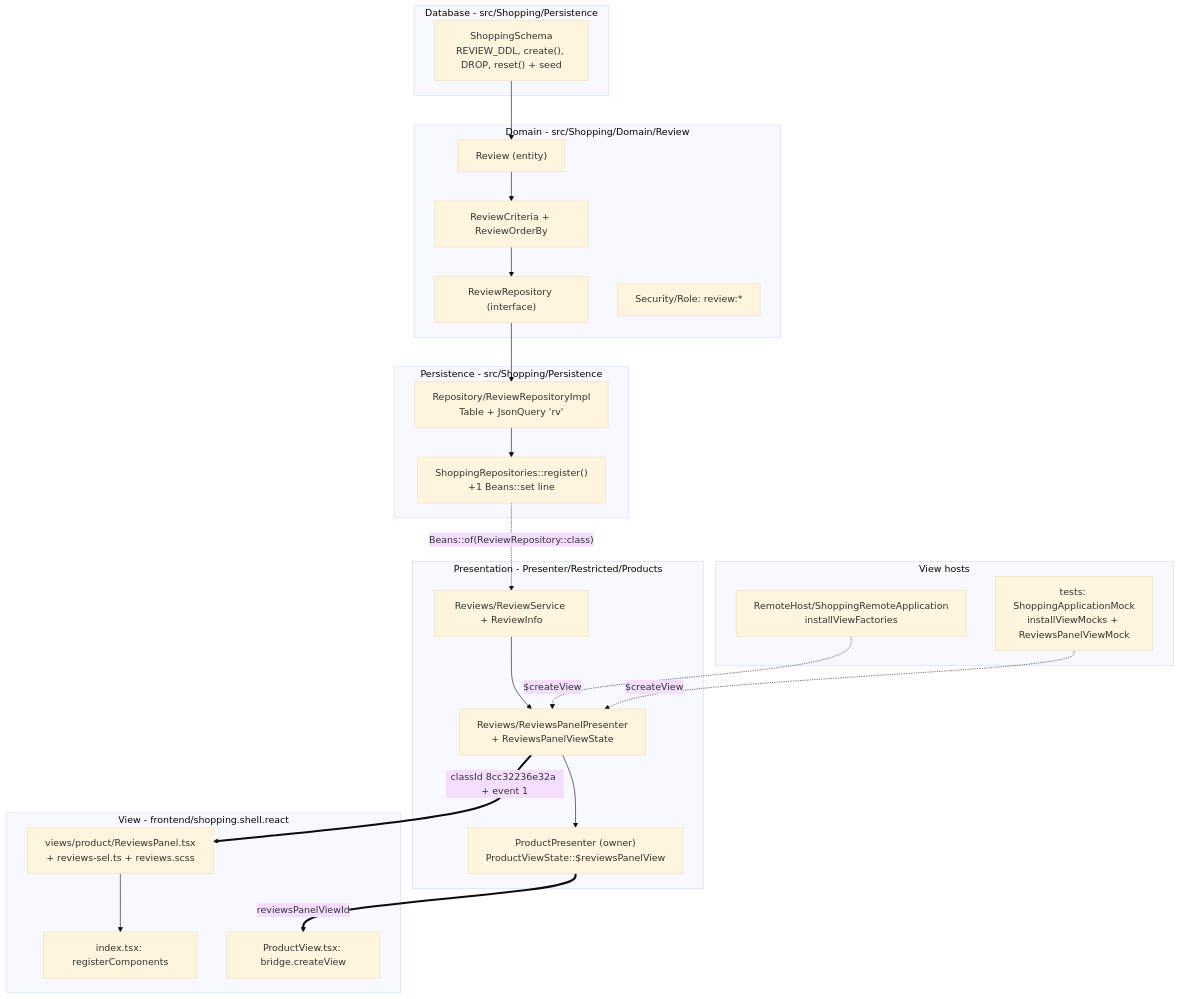
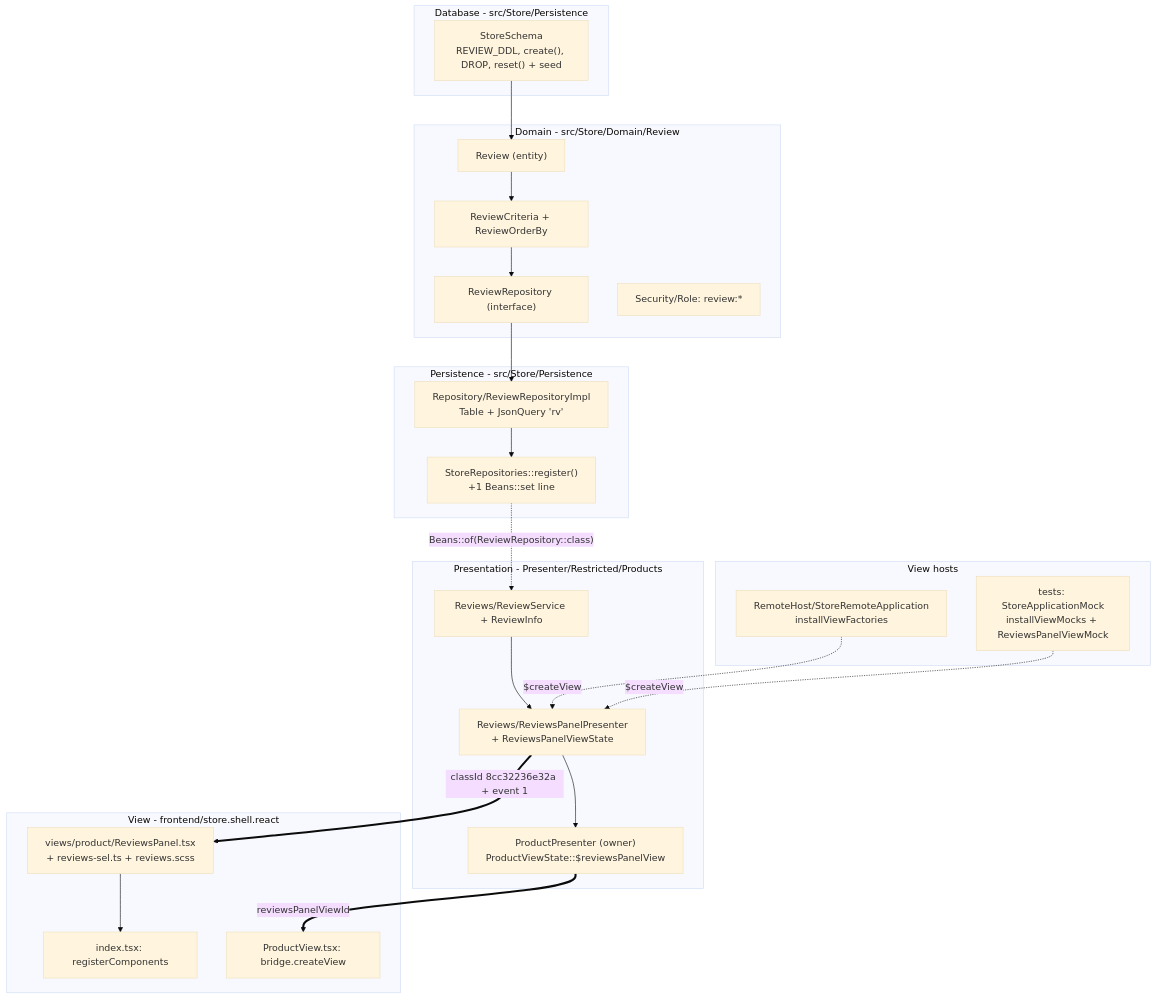
The first of 2 diagrams in docs/dev/building-a-feature.md (mrcdom/wdc-cube-php), drawn with Mermaid (base theme) before and after one commit. The commit also changed other lines of this file and 346 other files, not shown here.

First line of the commit message:
🚚 [RENAME] rename the demo application from Shopping to Store

````diff
--- a/docs/dev/building-a-feature.md
+++ b/docs/dev/building-a-feature.md
@@ -83,39 +83,39 @@
 ```mermaid
 flowchart TB
-  subgraph db["Database - src/Shopping/Persistence"]
-    SCH["ShoppingSchema<br/>REVIEW_DDL, create(), DROP, reset() + seed"]
+  subgraph db["Database - src/Store/Persistence"]
+    SCH["StoreSchema<br/>REVIEW_DDL, create(), DROP, reset() + seed"]
   end
-  subgraph dom["Domain - src/Shopping/Domain/Review"]
+  subgraph dom["Domain - src/Store/Domain/Review"]
     ENT["Review (entity)"]
     CRI["ReviewCriteria + ReviewOrderBy"]
     REP["ReviewRepository (interface)"]
     ROLE["Security/Role: review:*"]
   end
-  subgraph per["Persistence - src/Shopping/Persistence"]
+  subgraph per["Persistence - src/Store/Persistence"]
     IMP["Repository/ReviewRepositoryImpl<br/>Table + JsonQuery 'rv'"]
-    AGG["ShoppingRepositories::register()<br/>+1 Beans::set line"]
+    AGG["StoreRepositories::register()<br/>+1 Beans::set line"]
   end
   subgraph pres["Presentation - Presenter/Restricted/Products"]
     SVC["Reviews/ReviewService + ReviewInfo"]
     PRES["Reviews/ReviewsPanelPresenter<br/>+ ReviewsPanelViewState"]
     OWN["ProductPresenter (owner)<br/>ProductViewState::$reviewsPanelView"]
   end
   subgraph host["View hosts"]
-    RH["RemoteHost/ShoppingRemoteApplication<br/>installViewFactories"]
-    MK["tests: ShoppingApplicationMock<br/>installViewMocks + ReviewsPanelViewMock"]
+    RH["RemoteHost/StoreRemoteApplication<br/>installViewFactories"]
+    MK["tests: StoreApplicationMock<br/>installViewMocks + ReviewsPanelViewMock"]
   end
-  subgraph view["View - frontend/shopping.shell.react"]
+  subgraph view["View - frontend/store.shell.react"]
     RV["views/product/ReviewsPanel.tsx<br/>+ reviews-sel.ts + reviews.scss"]
     IDX["index.tsx: registerComponents"]
     PV["ProductView.tsx: bridge.createView"]
   end
 
   SCH --> ENT --> CRI --> REP --> IMP --> AGG
   AGG -. "Beans::of(ReviewRepository::class)" .-> SVC
   SVC --> PRES --> OWN
   RH -. "$createView" .-> PRES
   MK -. "$createView" .-> PRES
   PRES == "classId 8cc32236e32a + event 1" ==> RV
   OWN == "reviewsPanelViewId" ==> PV
   RV --> IDX
 ```
````
